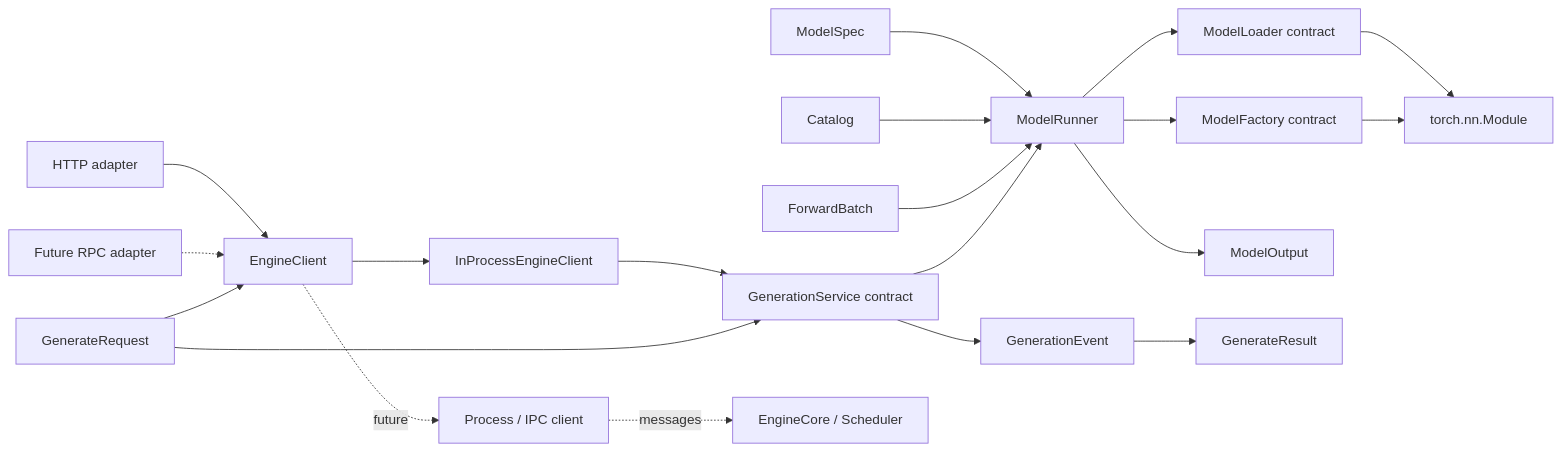
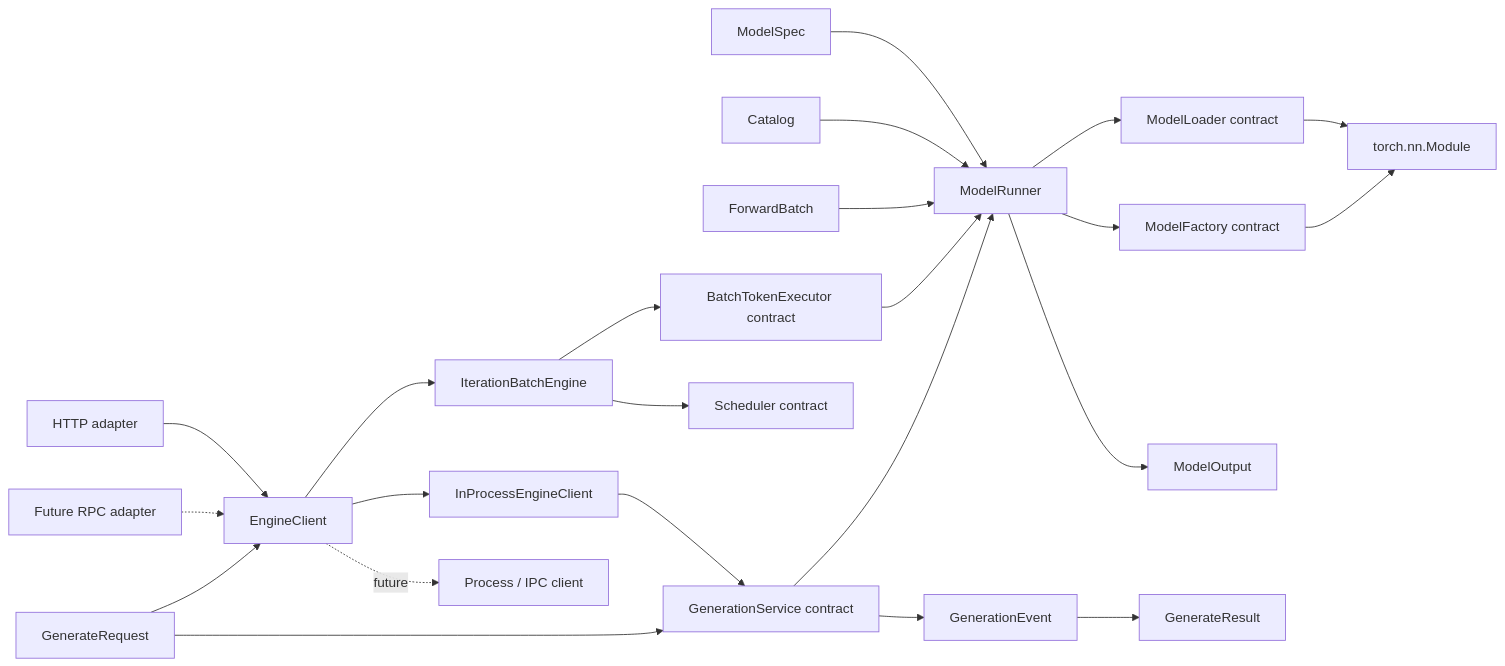
Before and after one commit to poorpaper/light-vllm: the first of 4 diagrams in docs/architecture.md, drawn with Mermaid. The commit also changed other lines of this file and 19 other files, not shown here.

````diff
--- a/docs/architecture.md
+++ b/docs/architecture.md
@@ -23,22 +26,25 @@
 ```mermaid
 flowchart LR
     Spec["ModelSpec"] --> Runner["ModelRunner"]
     Catalog["Catalog"] --> Runner
     Runner --> Loader["ModelLoader contract"]
     Runner --> Factory["ModelFactory contract"]
     Loader --> Model["torch.nn.Module"]
     Factory --> Model
     Batch["ForwardBatch"] --> Runner
     Runner --> Output["ModelOutput"]
     HTTP["HTTP adapter"] --> Client["EngineClient"]
     RPC["Future RPC adapter"] -.-> Client
     Client --> Local["InProcessEngineClient"]
     Local --> Service["GenerationService contract"]
+    Client --> Batched["IterationBatchEngine"]
+    Batched --> Scheduler["Scheduler contract"]
+    Batched --> BatchExecutor["BatchTokenExecutor contract"]
+    BatchExecutor --> Runner
     Client -.future.-> IPC["Process / IPC client"]
-    IPC -.messages.-> Core["EngineCore / Scheduler"]
     Service --> Runner
     Request["GenerateRequest"] --> Client
     Request["GenerateRequest"] --> Service
     Service --> Event["GenerationEvent"]
     Event --> Result["GenerateResult"]
 ```
````
